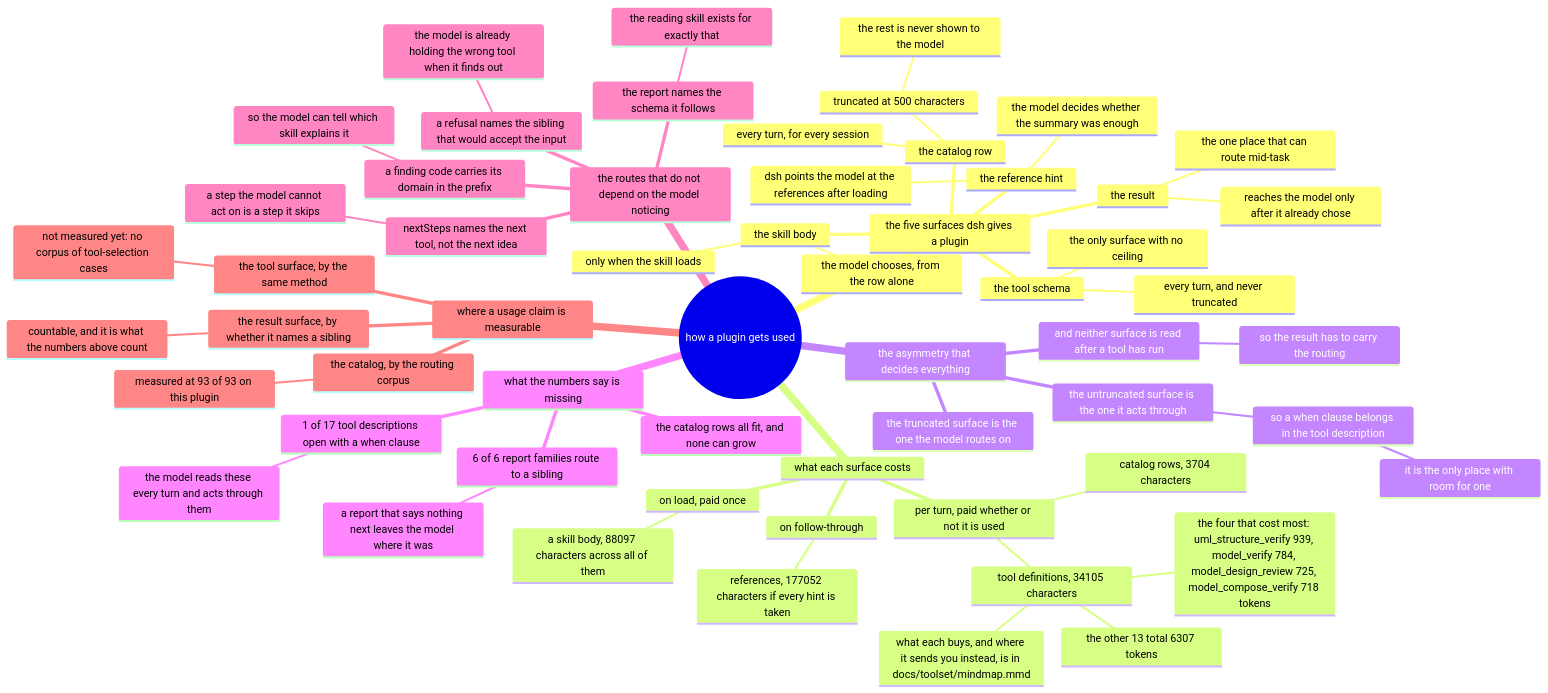
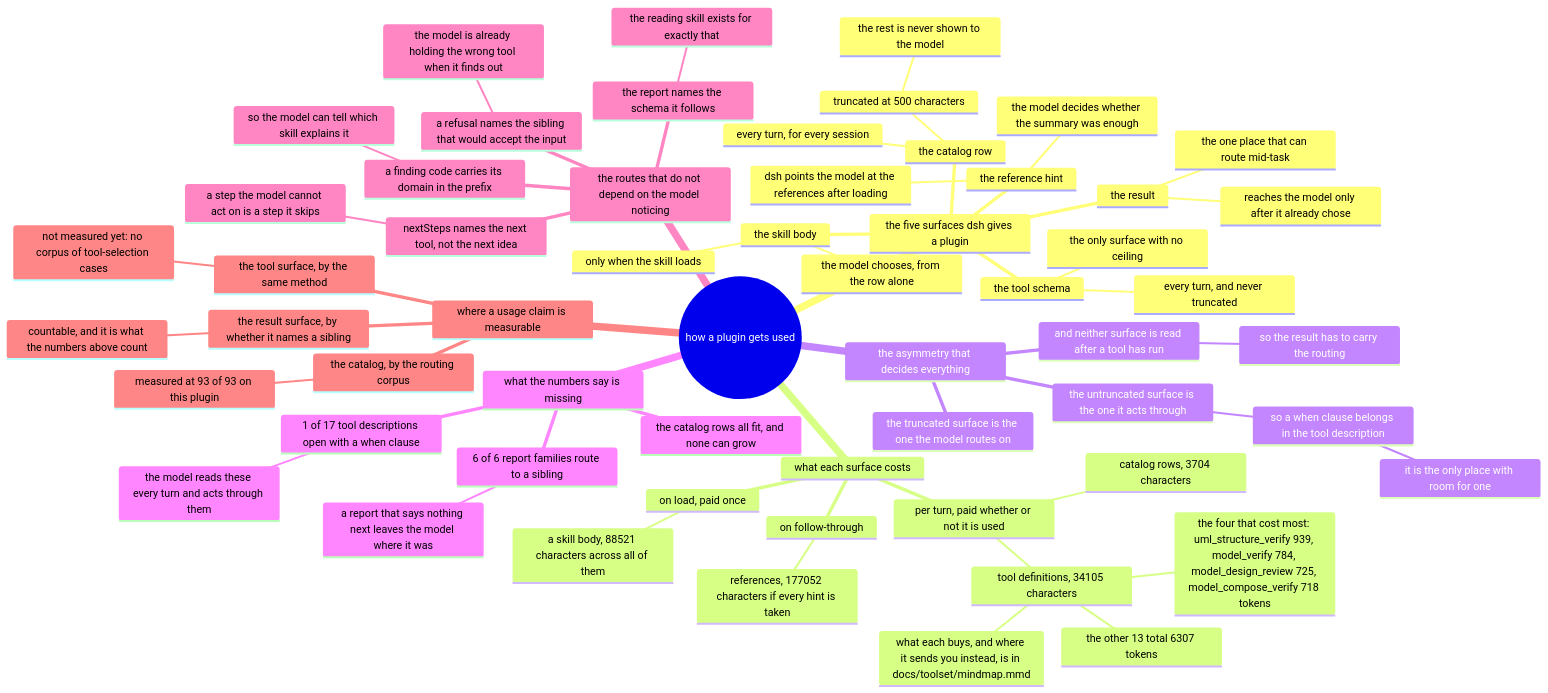
One commit to AmethystLuna/dsh-model-everything changed the diagram in docs/usage/mindmap.mmd. Above: the diagram before and after it, drawn with Mermaid. The commit also changed 19 other files, not shown here.

```diff
--- a/docs/usage/mindmap.mmd
+++ b/docs/usage/mindmap.mmd
@@ -1,59 +1,59 @@
 mindmap
 root((how a plugin gets used))
   the five surfaces dsh gives a plugin
     the catalog row
       every turn, for every session
       truncated at 500 characters
         the rest is never shown to the model
     the skill body
       only when the skill loads
       the model chooses, from the row alone
     the reference hint
       dsh points the model at the references after loading
       the model decides whether the summary was enough
     the tool schema
       every turn, and never truncated
       the only surface with no ceiling
     the result
       reaches the model only after it already chose
       the one place that can route mid-task
   what each surface costs
     per turn, paid whether or not it is used
       catalog rows, 3704 characters
       tool definitions, 34105 characters
         the four that cost most: uml_structure_verify 939, model_verify 784, model_design_review 725, model_compose_verify 718 tokens
         the other 13 total 6307 tokens
         what each buys, and where it sends you instead, is in docs/toolset/mindmap.mmd
     on load, paid once
-      a skill body, 88097 characters across all of them
+      a skill body, 88521 characters across all of them
     on follow-through
       references, 177052 characters if every hint is taken
   the asymmetry that decides everything
     the truncated surface is the one the model routes on
     the untruncated surface is the one it acts through
       so a when clause belongs in the tool description
         it is the only place with room for one
     and neither surface is read after a tool has run
       so the result has to carry the routing
   what the numbers say is missing
     1 of 17 tool descriptions open with a when clause
       the model reads these every turn and acts through them
     6 of 6 report families route to a sibling
       a report that says nothing next leaves the model where it was
     the catalog rows all fit, and none can grow
   the routes that do not depend on the model noticing
     a refusal names the sibling that would accept the input
       the model is already holding the wrong tool when it finds out
     nextSteps names the next tool, not the next idea
       a step the model cannot act on is a step it skips
     a finding code carries its domain in the prefix
       so the model can tell which skill explains it
     the report names the schema it follows
       the reading skill exists for exactly that
   where a usage claim is measurable
     the catalog, by the routing corpus
       measured at 93 of 93 on this plugin
     the tool surface, by the same method
       not measured yet: no corpus of tool-selection cases
     the result surface, by whether it names a sibling
       countable, and it is what the numbers above count
```
